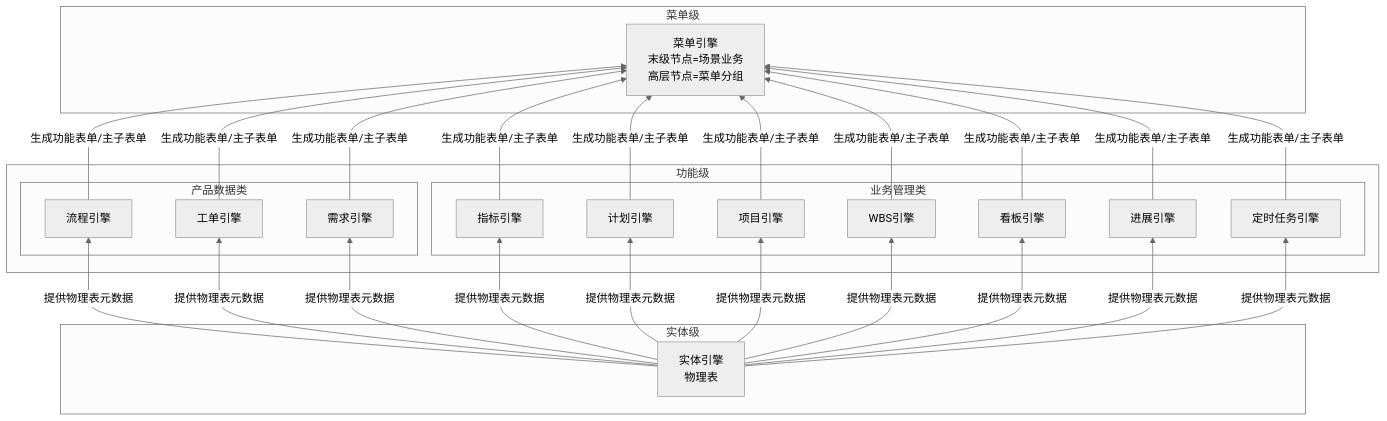
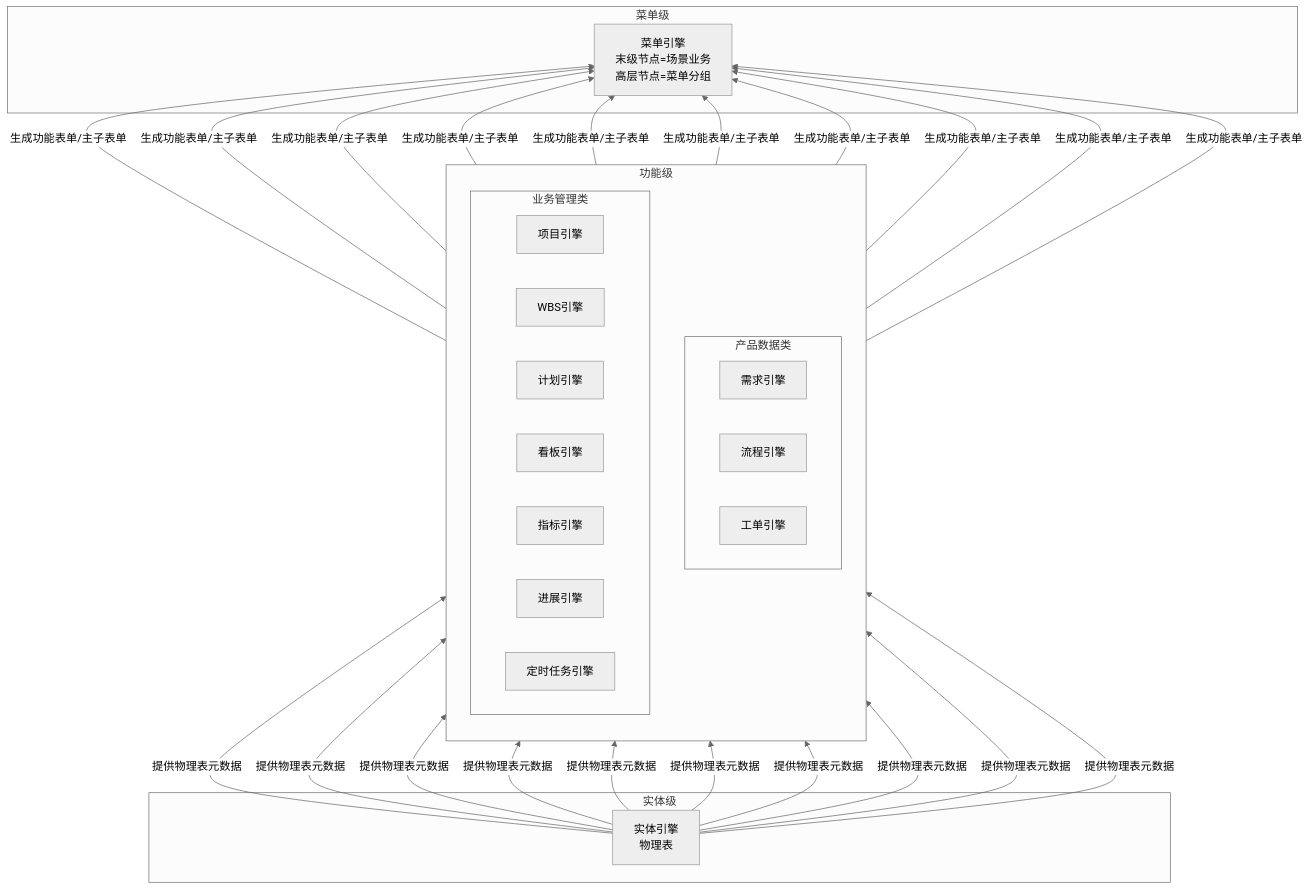
The diagram in 20-pl4eos/10-pl4eos-subpl-sysdev/10-wfsysdev-4-eos/91-eos-biz-eng-spec.md (Yongjunzhou/AOS-system-design), drawn with Mermaid (neutral theme) before and after one commit.

Commit message:
fix(91-spec): §2.2 Mermaid引擎装配图——子图加显式ID避免中文标识符渲染为空
子图改用 subgraph ID["显示名"] 语法；EL2 功能级子图加 direction TB

````diff
--- a/20-pl4eos/10-pl4eos-subpl-sysdev/10-wfsysdev-4-eos/91-eos-biz-eng-spec.md
+++ b/20-pl4eos/10-pl4eos-subpl-sysdev/10-wfsysdev-4-eos/91-eos-biz-eng-spec.md
@@ -127,45 +127,48 @@
 ```mermaid
 flowchart BT
-  subgraph 实体级
+  subgraph EL3["实体级"]
     ENTITY[实体引擎<br/>物理表]
   end
-  subgraph 功能级
-    subgraph 产品数据类
+  subgraph EL2["功能级"]
+    direction TB
+    subgraph PROD["产品数据类"]
+      direction LR
       REQ[需求引擎]
       FLOW[流程引擎]
       WO[工单引擎]
     end
-    subgraph 业务管理类
+    subgraph MGT["业务管理类"]
+      direction LR
       PROJ[项目引擎]
       WBS[WBS引擎]
       TASK[计划引擎]
       KANBAN[看板引擎]
       IND[指标引擎]
       PROG[进展引擎]
       SCH[定时任务引擎]
     end
   end
-  subgraph 菜单级
+  subgraph EL1["菜单级"]
     MENU[菜单引擎<br/>末级节点=场景业务<br/>高层节点=菜单分组]
   end
   ENTITY -->|提供物理表元数据| FLOW
   ENTITY -->|提供物理表元数据| WO
   ENTITY -->|提供物理表元数据| REQ
   ENTITY -->|提供物理表元数据| IND
   ENTITY -->|提供物理表元数据| TASK
   ENTITY -->|提供物理表元数据| PROJ
   ENTITY -->|提供物理表元数据| WBS
   ENTITY -->|提供物理表元数据| KANBAN
   ENTITY -->|提供物理表元数据| PROG
   ENTITY -->|提供物理表元数据| SCH
   FLOW -->|生成功能表单/主子表单| MENU
   WO -->|生成功能表单/主子表单| MENU
   IND -->|生成功能表单/主子表单| MENU
   REQ -->|生成功能表单/主子表单| MENU
   TASK -->|生成功能表单/主子表单| MENU
   PROJ -->|生成功能表单/主子表单| MENU
   WBS -->|生成功能表单/主子表单| MENU
   KANBAN -->|生成功能表单/主子表单| MENU
   PROG -->|生成功能表单/主子表单| MENU
   SCH -->|生成功能表单/主子表单| MENU
 ```
````
